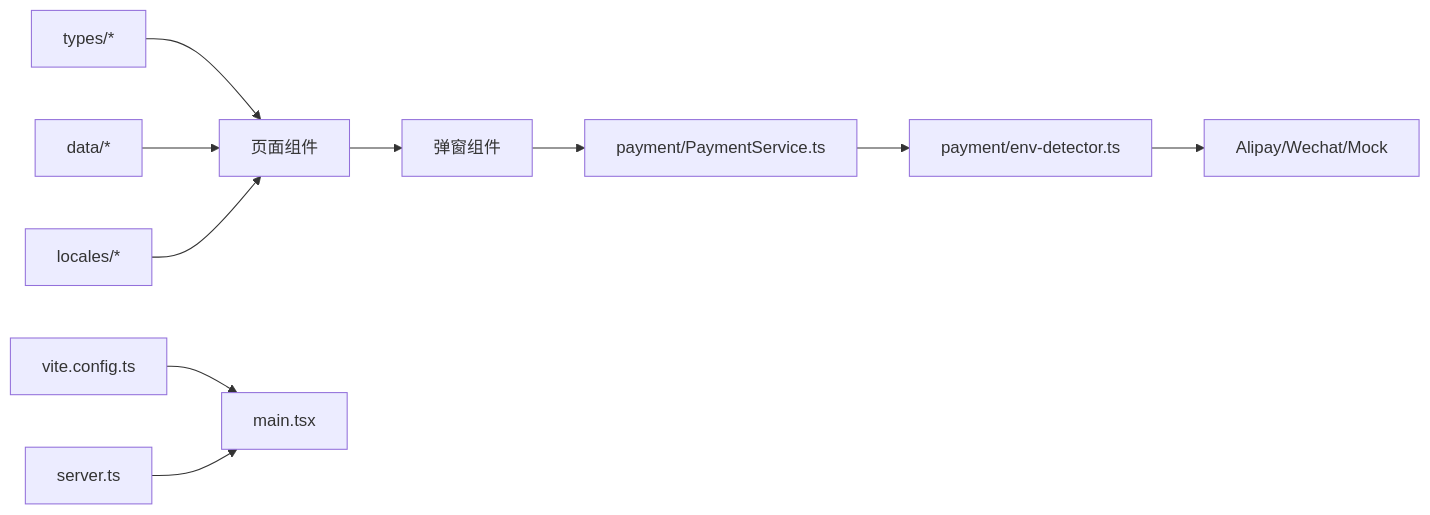
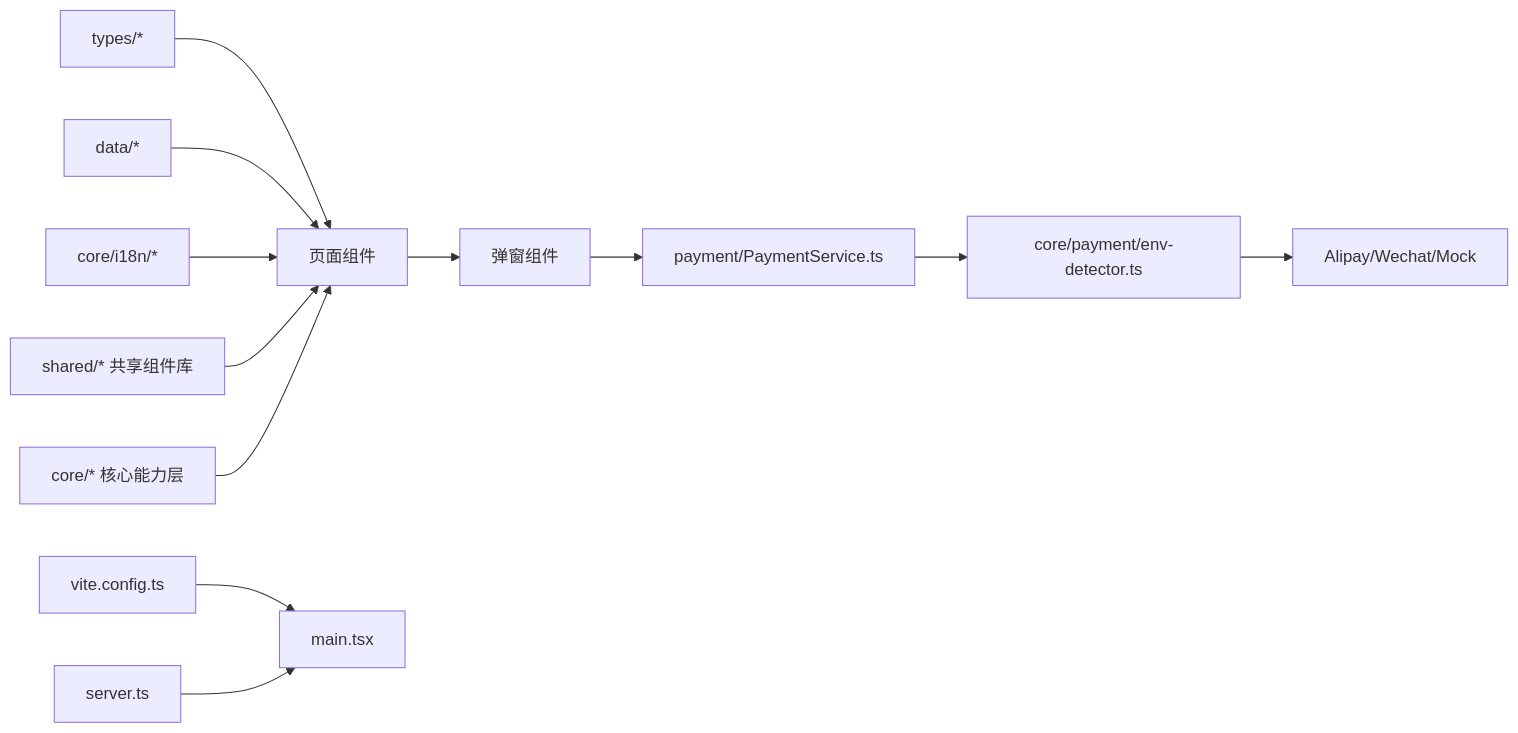
One commit to Hu-Right/supply-os changed the eighth of 9 diagrams in .qoder/repowiki/zh/content/架构设计/架构设计.md. Above: the diagram before and after it, drawn with Mermaid. The commit also changed other lines of this file and 9 other files, not shown here.

````diff
--- a/.qoder/repowiki/zh/content/架构设计/架构设计.md
+++ b/.qoder/repowiki/zh/content/架构设计/架构设计.md
@@ -396,12 +618,14 @@
 ```mermaid
 graph LR
 Types["types/*"] --> Pages["页面组件"]
 Data["data/*"] --> Pages
-Locales["locales/*"] --> Pages
+Locales["core/i18n/*"] --> Pages
+Shared["shared/* 共享组件库"] --> Pages
 Pages --> Modals["弹窗组件"]
 Modals --> PaySvc["payment/PaymentService.ts"]
-PaySvc --> EnvDet["payment/env-detector.ts"]
+PaySvc --> EnvDet["core/payment/env-detector.ts"]
 EnvDet --> Providers["Alipay/Wechat/Mock"]
 Build["vite.config.ts"] --> Main["main.tsx"]
 DevServer["server.ts"] --> Main
+Core["core/* 核心能力层"] --> Pages
 ```
````
